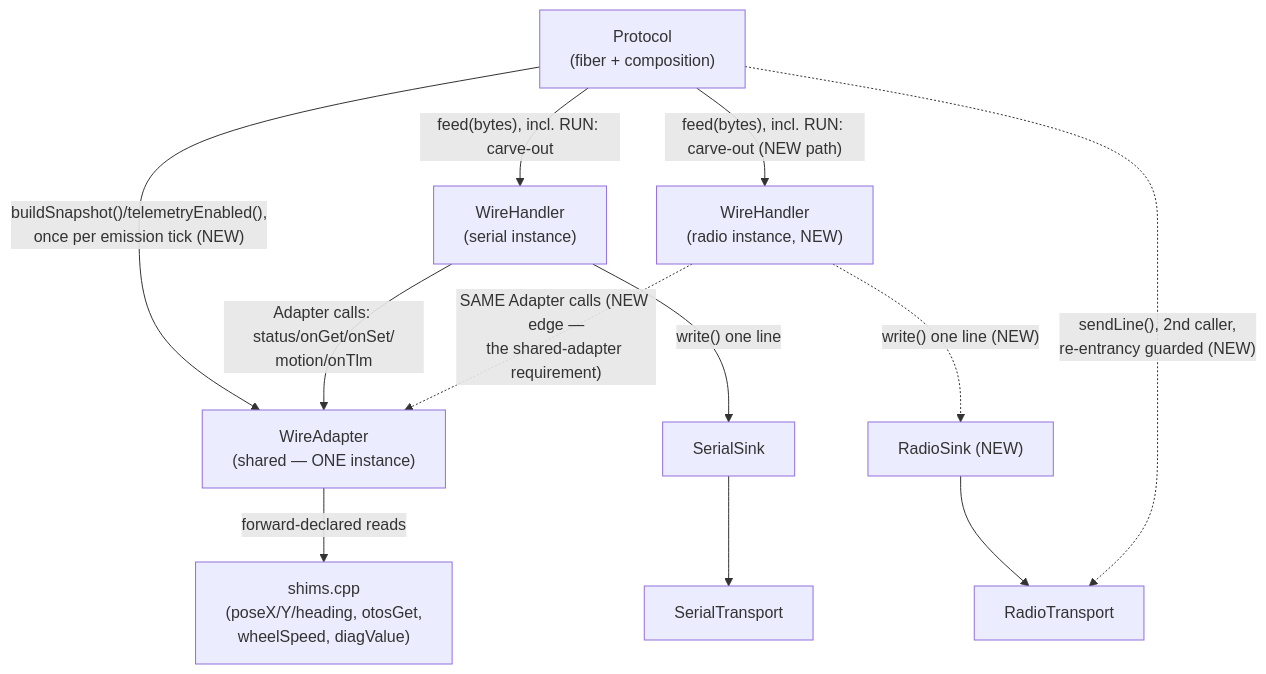
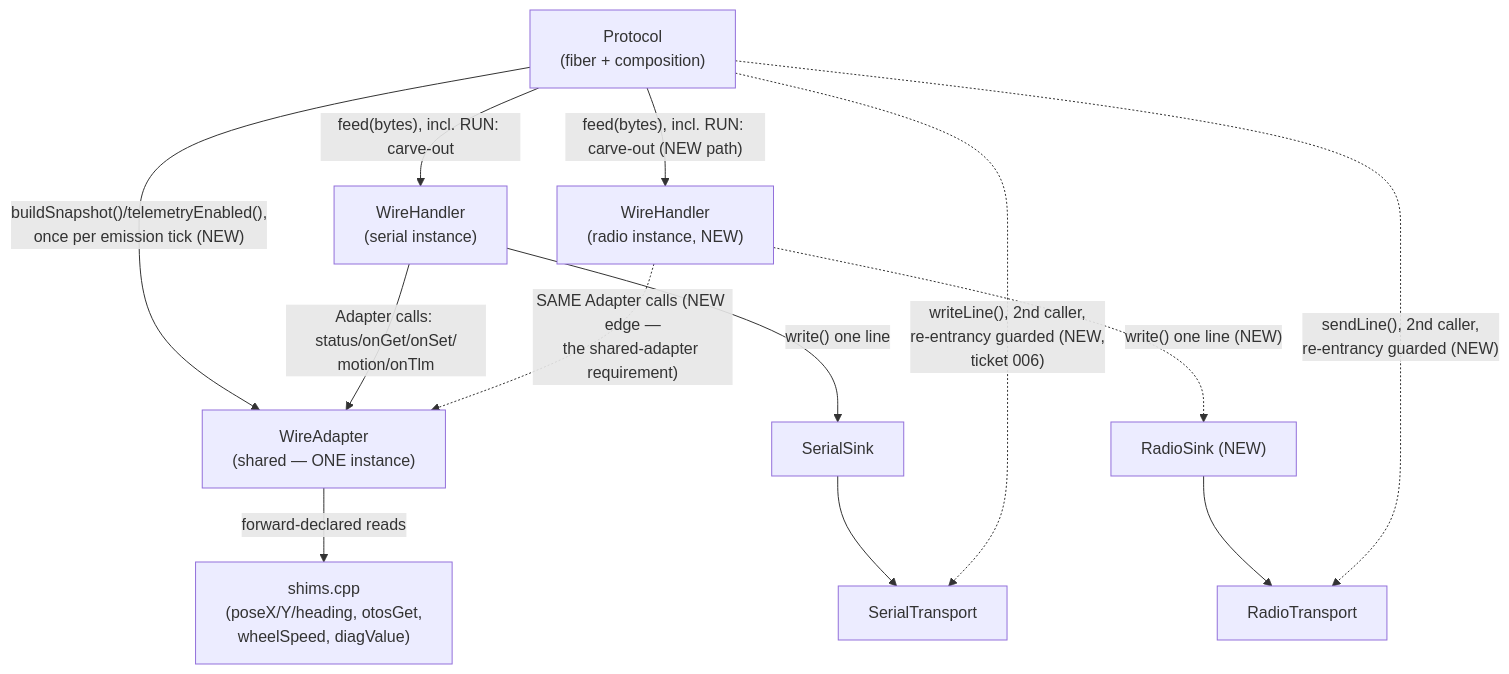
One commit to League-Robotics/pxt-nezha-diffdrive changed the diagram in clasi/sprints/004-radio-full-v6-transport-telemetry-frame-firmware/sprint.md. Above: the diagram before and after it, drawn with Mermaid. The commit also changed other lines of this file and 56 other files, not shown here.

First line of the commit message:
plan: code-review artifacts, design doc set, and the 006-009 roadmap

````diff
--- a/clasi/sprints/004-radio-full-v6-transport-telemetry-frame-firmware/sprint.md
+++ b/clasi/sprints/004-radio-full-v6-transport-telemetry-frame-firmware/sprint.md
@@ -345,22 +410,23 @@
 ```mermaid
 graph TD
     proto["Protocol<br/>(fiber + composition)"]
     wireHS["WireHandler<br/>(serial instance)"]
     wireHR["WireHandler<br/>(radio instance, NEW)"]
     wireA["WireAdapter<br/>(shared — ONE instance)"]
     serSink["SerialSink"]
     radSink["RadioSink (NEW)"]
     serT["SerialTransport"]
     radT["RadioTransport"]
     shims["shims.cpp<br/>(poseX/Y/heading, otosGet,<br/>wheelSpeed, diagValue)"]
 
     proto -->|"feed(bytes), incl. RUN: carve-out"| wireHS
     proto -->|"feed(bytes), incl. RUN: carve-out (NEW path)"| wireHR
     proto -->|"buildSnapshot()/telemetryEnabled(),<br/>once per emission tick (NEW)"| wireA
     wireHS -->|"Adapter calls: status/onGet/onSet/<br/>motion/onTlm"| wireA
     wireHR -.->|"SAME Adapter calls (NEW edge —<br/>the shared-adapter requirement)"| wireA
     wireHS -->|"write() one line"| serSink --> serT
     wireHR -.->|"write() one line (NEW)"| radSink --> radT
     proto -.->|"sendLine(), 2nd caller,<br/>re-entrancy guarded (NEW)"| radT
+    proto -.->|"writeLine(), 2nd caller,<br/>re-entrancy guarded (NEW,<br/>ticket 006)"| serT
     wireA -->|"forward-declared reads"| shims
 ```
````
